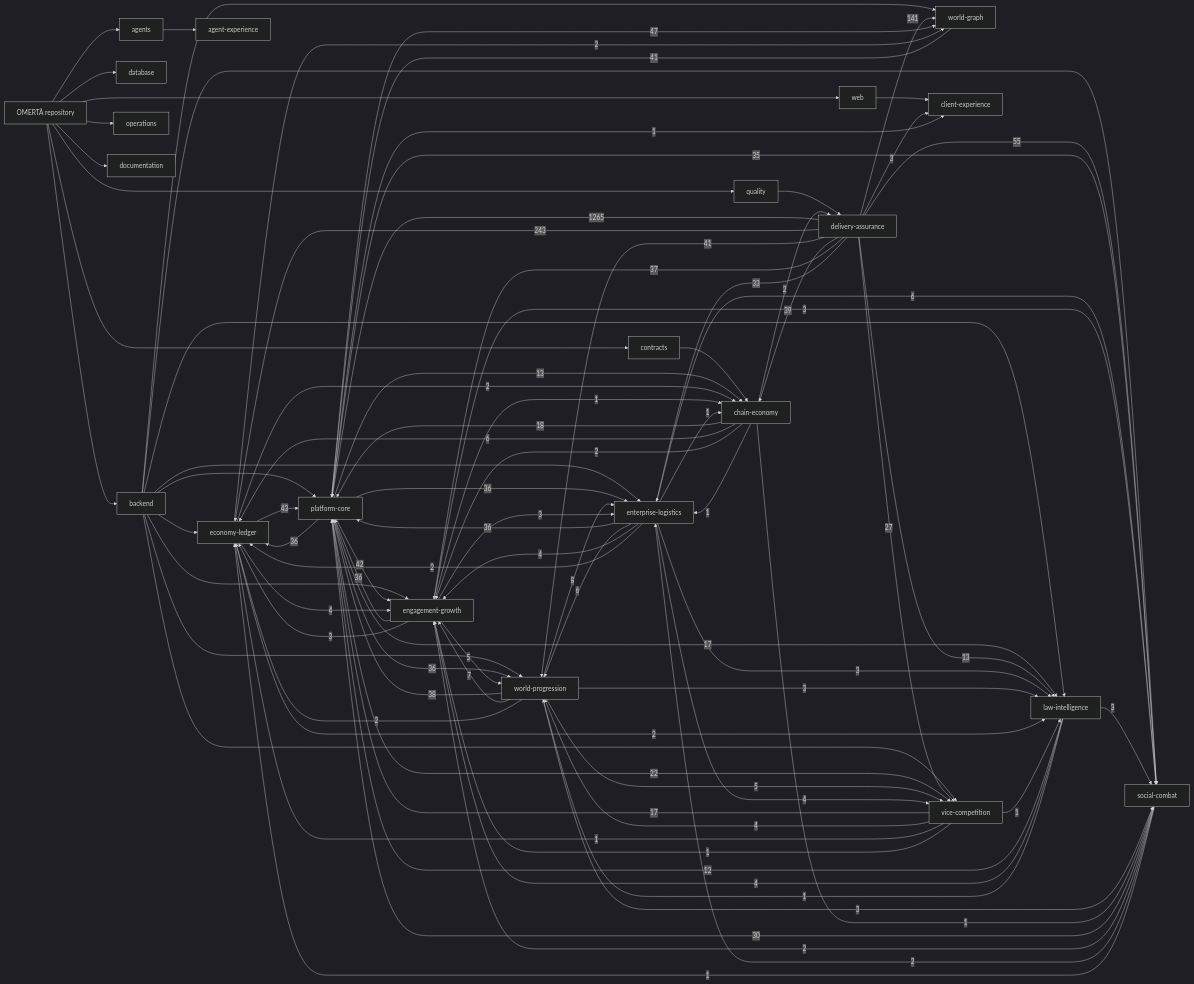
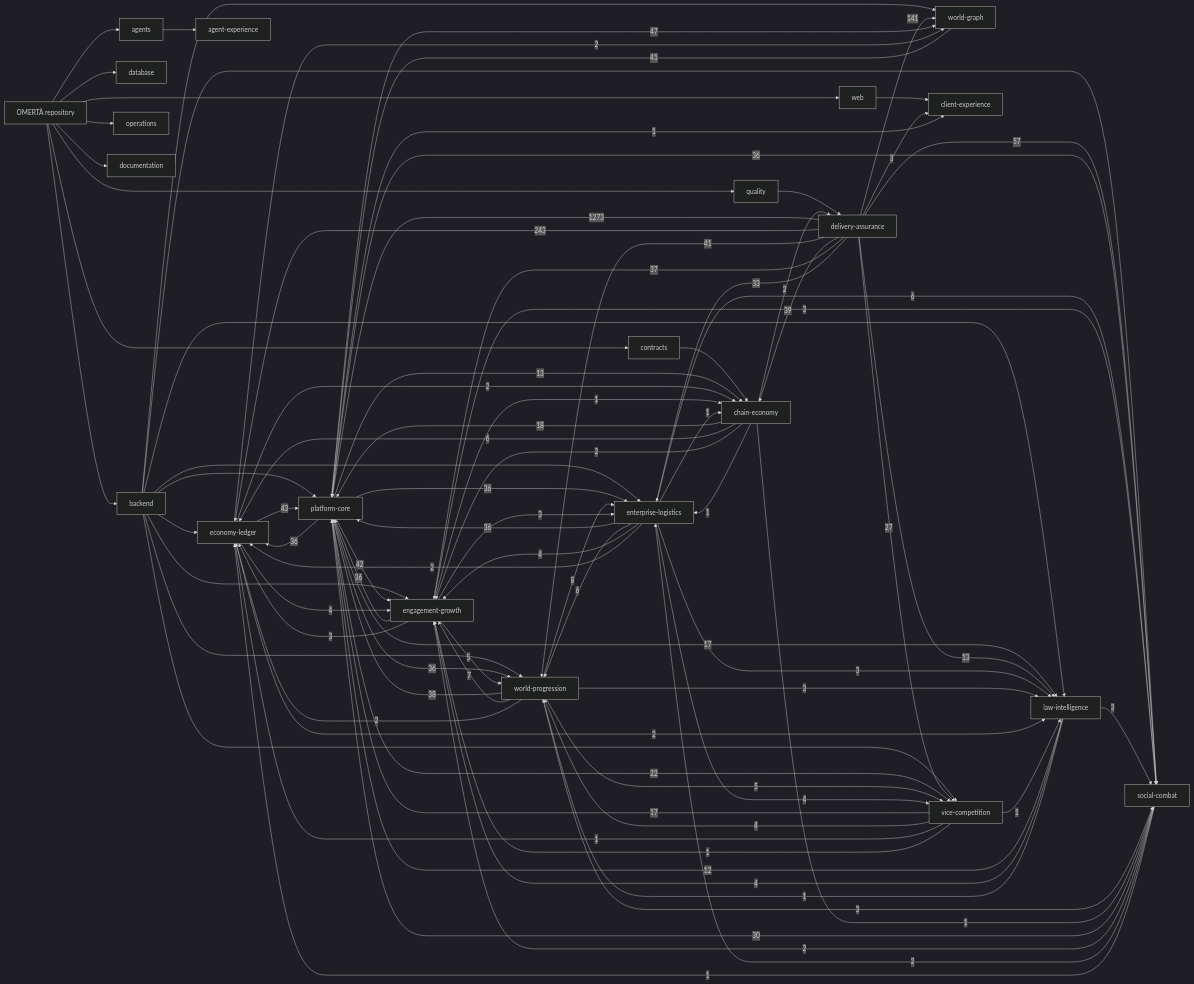
One commit to OmertaDev/Omerta changed the diagram in knowledge/generated/graph.mmd. Above: the diagram before and after it, drawn with Mermaid (dark theme). The commit also changed 8 other files, not shown here.

```diff
--- a/knowledge/generated/graph.mmd
+++ b/knowledge/generated/graph.mmd
@@ -1,111 +1,111 @@
 flowchart LR
   repo["OMERTÀ repository"]
   sub_backend["backend"]
   repo --> sub_backend
   sub_database["database"]
   repo --> sub_database
   sub_web["web"]
   repo --> sub_web
   sub_contracts["contracts"]
   repo --> sub_contracts
   sub_agents["agents"]
   repo --> sub_agents
   sub_quality["quality"]
   repo --> sub_quality
   sub_operations["operations"]
   repo --> sub_operations
   sub_documentation["documentation"]
   repo --> sub_documentation
   dom_platform-core["platform-core"]
   dom_economy-ledger["economy-ledger"]
   dom_social-combat["social-combat"]
   dom_world-progression["world-progression"]
   dom_world-graph["world-graph"]
   dom_enterprise-logistics["enterprise-logistics"]
   dom_vice-competition["vice-competition"]
   dom_law-intelligence["law-intelligence"]
   dom_chain-economy["chain-economy"]
   dom_engagement-growth["engagement-growth"]
   dom_client-experience["client-experience"]
   dom_agent-experience["agent-experience"]
   dom_delivery-assurance["delivery-assurance"]
   sub_agents --> dom_agent-experience
   sub_backend --> dom_economy-ledger
   sub_backend --> dom_engagement-growth
   sub_backend --> dom_enterprise-logistics
   sub_backend --> dom_law-intelligence
   sub_backend --> dom_platform-core
   sub_backend --> dom_social-combat
   sub_backend --> dom_vice-competition
   sub_backend --> dom_world-graph
   sub_backend --> dom_world-progression
   sub_contracts --> dom_chain-economy
   sub_quality --> dom_delivery-assurance
   sub_web --> dom_client-experience
-  dom_delivery-assurance -->|1265| dom_platform-core
+  dom_delivery-assurance -->|1273| dom_platform-core
   dom_delivery-assurance -->|243| dom_economy-ledger
   dom_delivery-assurance -->|141| dom_world-graph
-  dom_delivery-assurance -->|55| dom_social-combat
+  dom_delivery-assurance -->|57| dom_social-combat
   dom_platform-core -->|47| dom_world-graph
   dom_economy-ledger -->|43| dom_platform-core
   dom_platform-core -->|42| dom_engagement-growth
   dom_delivery-assurance -->|41| dom_world-progression
   dom_world-graph -->|41| dom_platform-core
   dom_delivery-assurance -->|39| dom_chain-economy
   dom_world-progression -->|38| dom_platform-core
   dom_delivery-assurance -->|37| dom_engagement-growth
   dom_engagement-growth -->|36| dom_platform-core
   dom_enterprise-logistics -->|36| dom_platform-core
   dom_platform-core -->|36| dom_economy-ledger
   dom_platform-core -->|36| dom_enterprise-logistics
+  dom_platform-core -->|36| dom_social-combat
   dom_platform-core -->|36| dom_world-progression
-  dom_platform-core -->|35| dom_social-combat
   dom_delivery-assurance -->|33| dom_enterprise-logistics
   dom_social-combat -->|30| dom_platform-core
   dom_delivery-assurance -->|27| dom_vice-competition
   dom_platform-core -->|22| dom_vice-competition
   dom_chain-economy -->|18| dom_platform-core
   dom_platform-core -->|17| dom_law-intelligence
   dom_vice-competition -->|17| dom_platform-core
   dom_delivery-assurance -->|13| dom_law-intelligence
   dom_platform-core -->|13| dom_chain-economy
   dom_law-intelligence -->|12| dom_platform-core
   dom_world-progression -->|8| dom_enterprise-logistics
   dom_world-progression -->|7| dom_engagement-growth
   dom_chain-economy -->|6| dom_economy-ledger
   dom_enterprise-logistics -->|6| dom_social-combat
   dom_enterprise-logistics -->|6| dom_world-progression
   dom_engagement-growth -->|5| dom_world-progression
   dom_world-progression -->|5| dom_vice-competition
   dom_economy-ledger -->|4| dom_engagement-growth
   dom_enterprise-logistics -->|4| dom_engagement-growth
   dom_enterprise-logistics -->|4| dom_vice-competition
   dom_law-intelligence -->|4| dom_engagement-growth
   dom_vice-competition -->|4| dom_world-progression
   dom_delivery-assurance -->|3| dom_client-experience
   dom_engagement-growth -->|3| dom_economy-ledger
   dom_engagement-growth -->|3| dom_enterprise-logistics
   dom_engagement-growth -->|3| dom_social-combat
   dom_enterprise-logistics -->|3| dom_law-intelligence
   dom_law-intelligence -->|3| dom_social-combat
   dom_world-progression -->|3| dom_law-intelligence
   dom_world-progression -->|3| dom_social-combat
   dom_chain-economy -->|2| dom_delivery-assurance
   dom_chain-economy -->|2| dom_engagement-growth
   dom_economy-ledger -->|2| dom_chain-economy
   dom_economy-ledger -->|2| dom_law-intelligence
   dom_economy-ledger -->|2| dom_world-graph
   dom_enterprise-logistics -->|2| dom_economy-ledger
   dom_social-combat -->|2| dom_engagement-growth
   dom_social-combat -->|2| dom_enterprise-logistics
   dom_world-progression -->|2| dom_economy-ledger
   dom_chain-economy -->|1| dom_enterprise-logistics
   dom_chain-economy -->|1| dom_social-combat
   dom_engagement-growth -->|1| dom_chain-economy
   dom_enterprise-logistics -->|1| dom_chain-economy
   dom_law-intelligence -->|1| dom_world-progression
   dom_platform-core -->|1| dom_client-experience
   dom_social-combat -->|1| dom_economy-ledger
   dom_vice-competition -->|1| dom_economy-ledger
   dom_vice-competition -->|1| dom_engagement-growth
   dom_vice-competition -->|1| dom_law-intelligence
```
